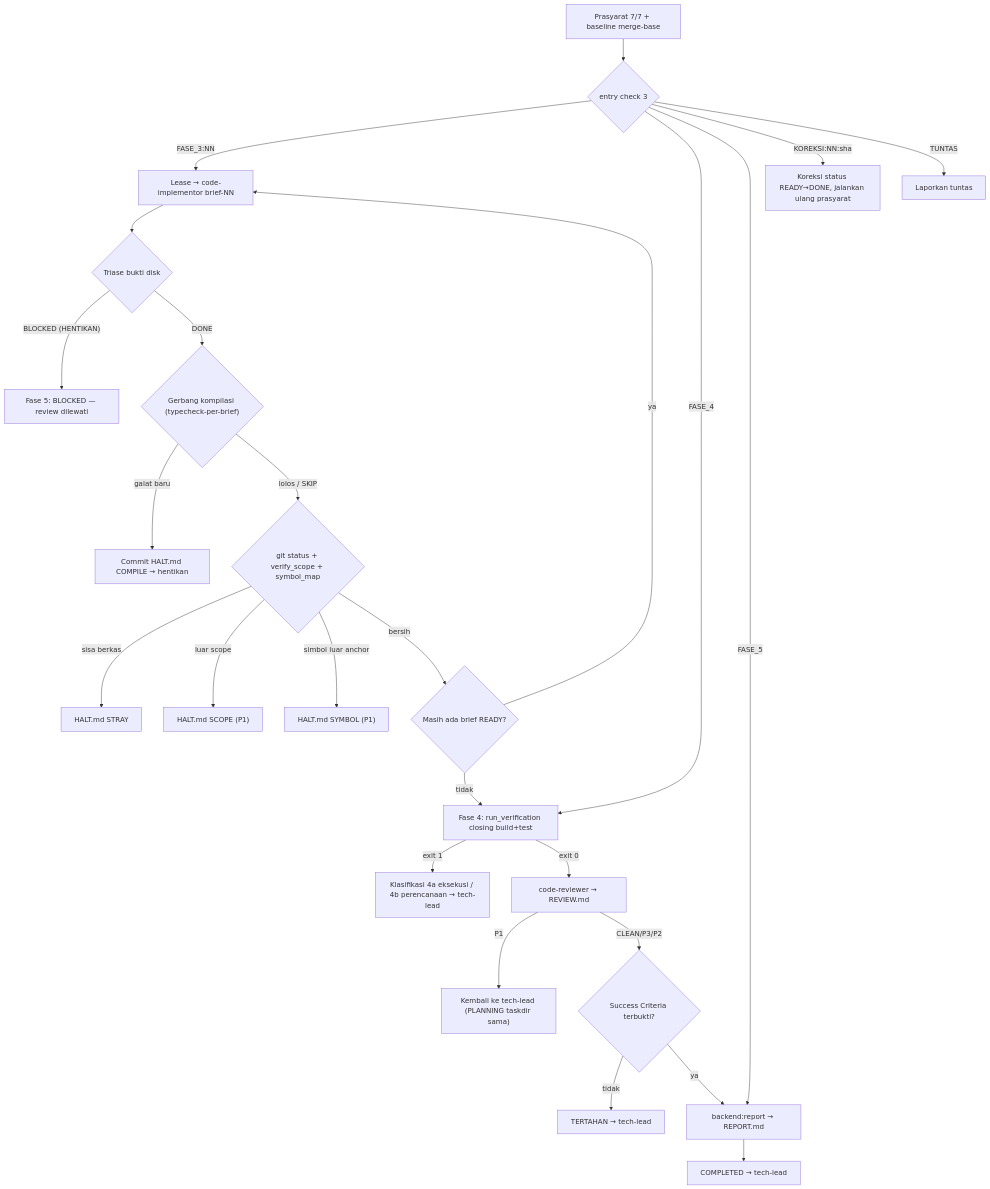
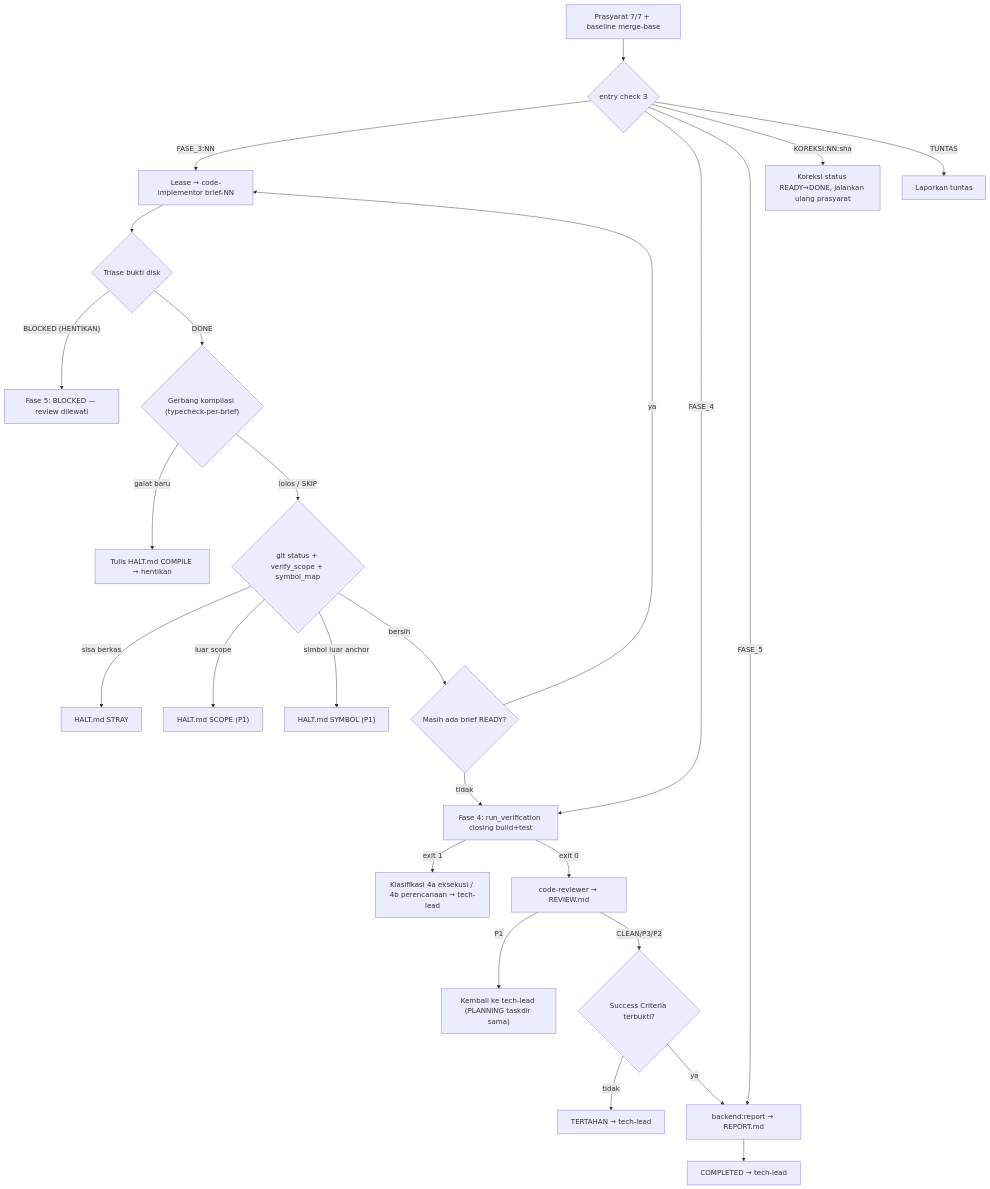
Before and after one commit to nataflow/agentic-workflow: the fifth of 7 diagrams in flow/backend.md, drawn with Mermaid. The commit also changed other lines of this file and 4 other files, not shown here.

````diff
--- a/flow/backend.md
+++ b/flow/backend.md
@@ -359,27 +362,27 @@
 ```mermaid
 flowchart TD
     P["Prasyarat 7/7 + baseline merge-base"] --> T{"entry check 3"}
     T -->|"FASE_3:NN"| L0
     T -->|FASE_4| V
     T -->|FASE_5| RPT
     T -->|"KOREKSI:NN:sha"| K["Koreksi status READY→DONE, jalankan ulang prasyarat"]
     T -->|TUNTAS| DONEX["Laporkan tuntas"]
     L0["Lease → code-implementor brief-NN"] --> TR{"Triase bukti disk"}
     TR -->|"BLOCKED (HENTIKAN)"| F5B["Fase 5: BLOCKED — review dilewati"]
     TR -->|DONE| CG{"Gerbang kompilasi (typecheck-per-brief)"}
-    CG -->|"galat baru"| HALT["Commit HALT.md COMPILE → hentikan"]
+    CG -->|"galat baru"| HALT["Tulis HALT.md COMPILE → hentikan"]
     CG -->|"lolos / SKIP"| VS{"git status + verify_scope + symbol_map"}
     VS -->|"sisa berkas"| HS["HALT.md STRAY"]
     VS -->|"luar scope"| HSC["HALT.md SCOPE (P1)"]
     VS -->|"simbol luar anchor"| HSY["HALT.md SYMBOL (P1)"]
     VS -->|"bersih"| NX{"Masih ada brief READY?"}
     NX -->|ya| L0
     NX -->|tidak| V["Fase 4: run_verification closing build+test"]
     V -->|"exit 1"| F4["Klasifikasi 4a eksekusi / 4b perencanaan → tech-lead"]
     V -->|"exit 0"| CR["code-reviewer → REVIEW.md"]
     CR -->|P1| RTL["Kembali ke tech-lead (PLANNING taskdir sama)"]
     CR -->|"CLEAN/P3/P2"| SCG{"Success Criteria terbukti?"}
     SCG -->|tidak| TT["TERTAHAN → tech-lead"]
     SCG -->|ya| RPT["backend:report → REPORT.md"]
     RPT --> OK["COMPLETED → tech-lead"]
 ```
````
